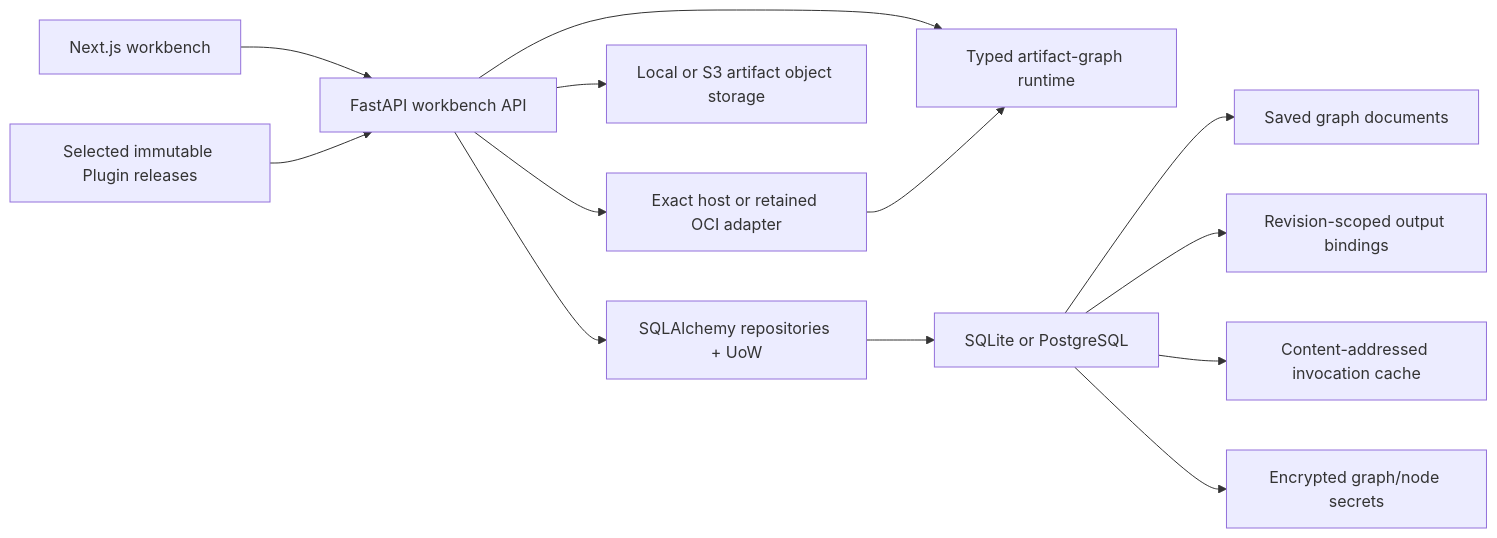
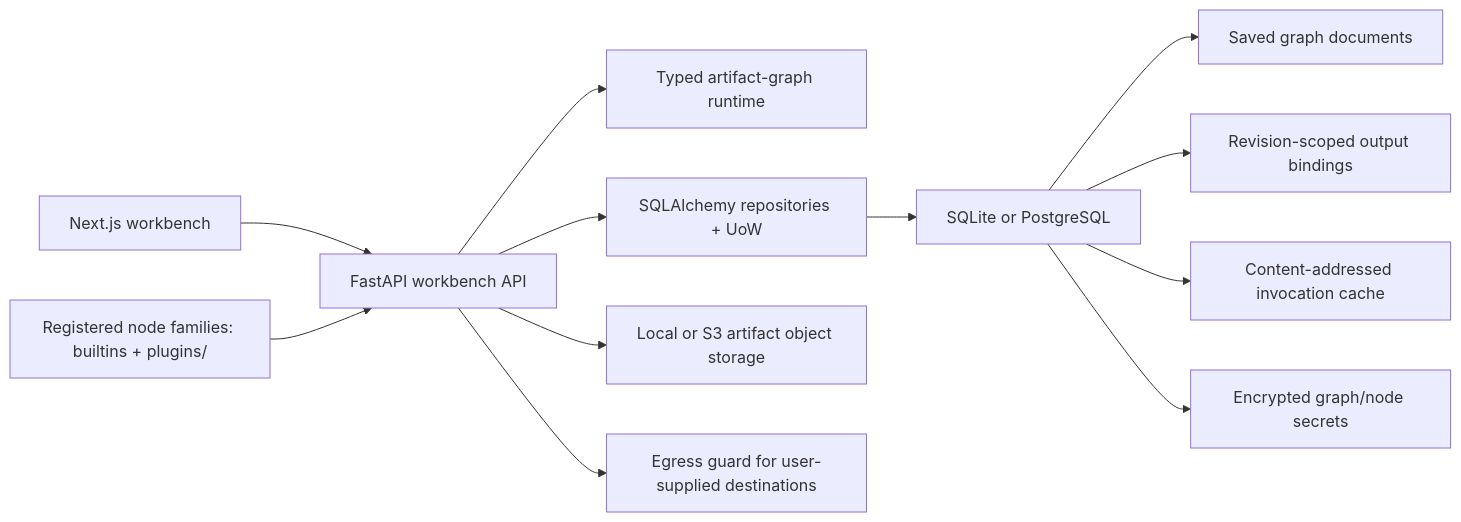
One commit to artpods56/grafY changed the first of 3 diagrams in README.md. Above: the diagram before and after it, drawn with Mermaid. The commit also changed other lines of this file and 38 other files, not shown here.

````diff
--- a/README.md
+++ b/README.md
@@ -27,15 +27,14 @@
 ```mermaid
 flowchart LR
     Web["Next.js workbench"] --> API["FastAPI workbench API"]
     API --> Core["Typed artifact-graph runtime"]
     API --> Persistence["SQLAlchemy repositories + UoW"]
     Persistence --> SQL["SQLite or PostgreSQL"]
     SQL --> Graphs["Saved graph documents"]
     SQL --> Bindings["Revision-scoped output bindings"]
     SQL --> Cache["Content-addressed invocation cache"]
     SQL --> Secrets["Encrypted graph/node secrets"]
     API --> Storage["Local or S3 artifact object storage"]
-    Releases["Selected immutable Plugin releases"] --> API
-    API --> Adapters["Exact host or retained OCI adapter"]
-    Adapters --> Core
+    Families["Registered node families: builtins + plugins/"] --> API
+    API --> Egress["Egress guard for user-supplied destinations"]
 ```
````
